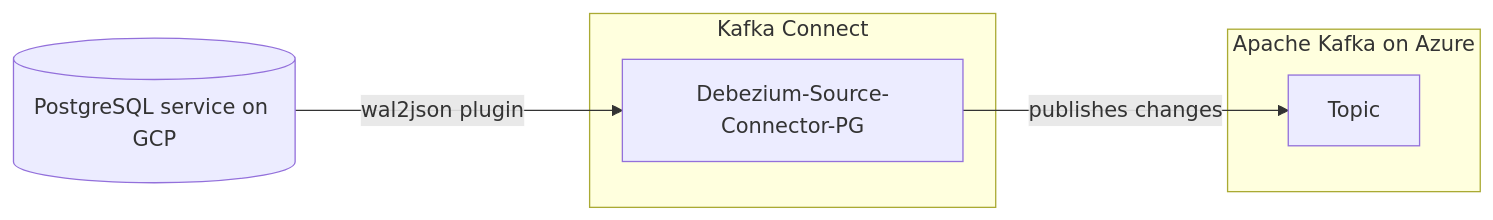
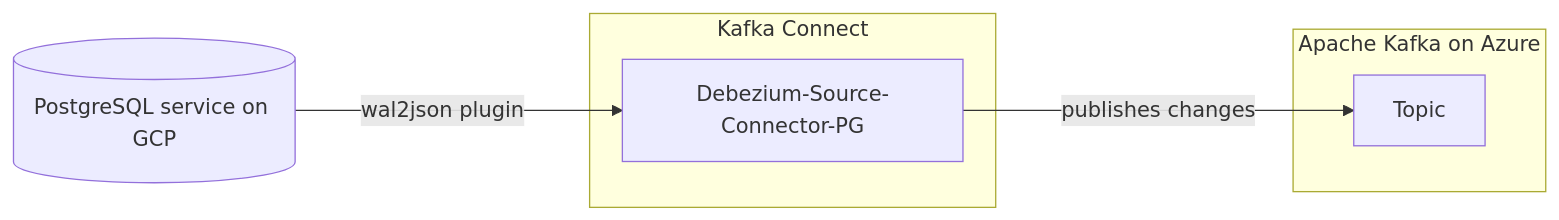
One commit to aiven/devportal changed the diagram in docs/tools/terraform/reference/cookbook/kafka-debezium-postgres-source.rst. Above: the diagram before and after it, drawn with Mermaid. The commit also changed other lines of this file, not shown here.

```diff
--- a/docs/tools/terraform/reference/cookbook/kafka-debezium-postgres-source.rst
+++ b/docs/tools/terraform/reference/cookbook/kafka-debezium-postgres-source.rst
@@ -8,11 +8,11 @@
 .. mermaid::
 
    flowchart LR
       id1[(PostgreSQL service on GCP)]
       subgraph Kafka Connect
       Debezium-Source-Connector-PG
       end
       subgraph Apache Kafka on Azure
       Topic
       end
-      id1 --->|wal2json plugin| Debezium-Source-Connector-PG -->|publishes changes| Topic
+      id1 --->|wal2json plugin| Debezium-Source-Connector-PG --->|publishes changes| Topic
```
